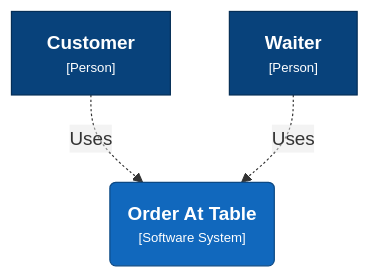
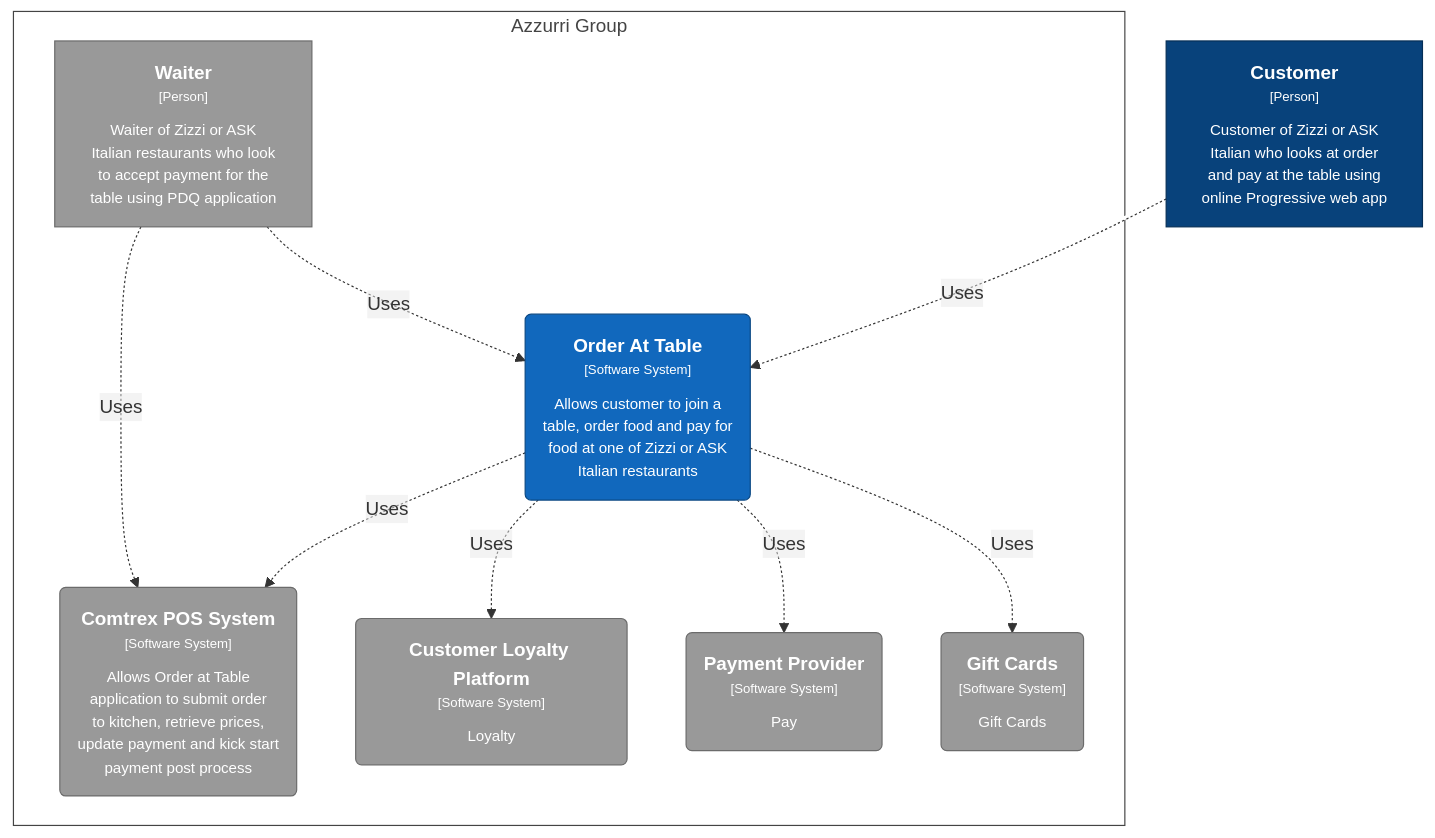
Before and after one commit to anandakumarpalanisamy/css-recipes: the diagram in README.md, drawn with Mermaid. The commit also changed other lines of this file, not shown here.

````diff
--- a/README.md
+++ b/README.md
@@ -22,14 +6,32 @@
 ```mermaid
 graph TB
   linkStyle default fill:#ffffff
 
-  1["<div style='font-weight: bold'>Customer</div><div style='font-size: 70%; margin-top: 0px'>[Person]</div>"]
+  subgraph enterprise [Azzurri Group]
+    style enterprise fill:#ffffff,stroke:#444444,color:#444444
+
+    2["<div style='font-weight: bold'>Waiter</div><div style='font-size: 70%; margin-top: 0px'>[Person]</div><div style='font-size: 80%; margin-top:10px'>Waiter of Zizzi or ASK<br />Italian restaurants who look<br />to accept payment for the<br />table using PDQ application</div>"]
+    style 2 fill:#999999,stroke:#6b6b6b,color:#ffffff
+    3("<div style='font-weight: bold'>Comtrex POS System</div><div style='font-size: 70%; margin-top: 0px'>[Software System]</div><div style='font-size: 80%; margin-top:10px'>Allows Order at Table<br />application to submit order<br />to kitchen, retrieve prices,<br />update payment and kick start<br />payment post process</div>")
+    style 3 fill:#999999,stroke:#6b6b6b,color:#ffffff
+    4("<div style='font-weight: bold'>Customer Loyalty Platform</div><div style='font-size: 70%; margin-top: 0px'>[Software System]</div><div style='font-size: 80%; margin-top:10px'>Loyalty</div>")
+    style 4 fill:#999999,stroke:#6b6b6b,color:#ffffff
+    5("<div style='font-weight: bold'>Payment Provider</div><div style='font-size: 70%; margin-top: 0px'>[Software System]</div><div style='font-size: 80%; margin-top:10px'>Pay</div>")
+    style 5 fill:#999999,stroke:#6b6b6b,color:#ffffff
+    6("<div style='font-weight: bold'>Gift Cards</div><div style='font-size: 70%; margin-top: 0px'>[Software System]</div><div style='font-size: 80%; margin-top:10px'>Gift Cards</div>")
+    style 6 fill:#999999,stroke:#6b6b6b,color:#ffffff
+    7("<div style='font-weight: bold'>Order At Table</div><div style='font-size: 70%; margin-top: 0px'>[Software System]</div><div style='font-size: 80%; margin-top:10px'>Allows customer to join a<br />table, order food and pay for<br />food at one of Zizzi or ASK<br />Italian restaurants</div>")
+    style 7 fill:#1168bd,stroke:#0b4884,color:#ffffff
+  end
+
+  1["<div style='font-weight: bold'>Customer</div><div style='font-size: 70%; margin-top: 0px'>[Person]</div><div style='font-size: 80%; margin-top:10px'>Customer of Zizzi or ASK<br />Italian who looks at order<br />and pay at the table using<br />online Progressive web app</div>"]
   style 1 fill:#08427b,stroke:#052e56,color:#ffffff
-  2["<div style='font-weight: bold'>Waiter</div><div style='font-size: 70%; margin-top: 0px'>[Person]</div>"]
-  style 2 fill:#08427b,stroke:#052e56,color:#ffffff
-  3("<div style='font-weight: bold'>Order At Table</div><div style='font-size: 70%; margin-top: 0px'>[Software System]</div>")
-  style 3 fill:#1168bd,stroke:#0b4884,color:#ffffff
 
-  1-. "<div>Uses</div><div style='font-size: 70%'></div>" .->3
+  7-. "<div>Uses</div><div style='font-size: 70%'></div>" .->3
   2-. "<div>Uses</div><div style='font-size: 70%'></div>" .->3
+  7-. "<div>Uses</div><div style='font-size: 70%'></div>" .->4
+  7-. "<div>Uses</div><div style='font-size: 70%'></div>" .->5
+  7-. "<div>Uses</div><div style='font-size: 70%'></div>" .->6
+  1-. "<div>Uses</div><div style='font-size: 70%'></div>" .->7
+  2-. "<div>Uses</div><div style='font-size: 70%'></div>" .->7
 ```
````
